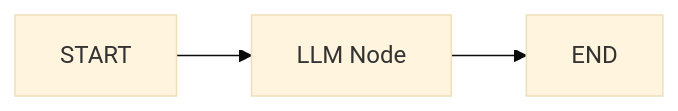
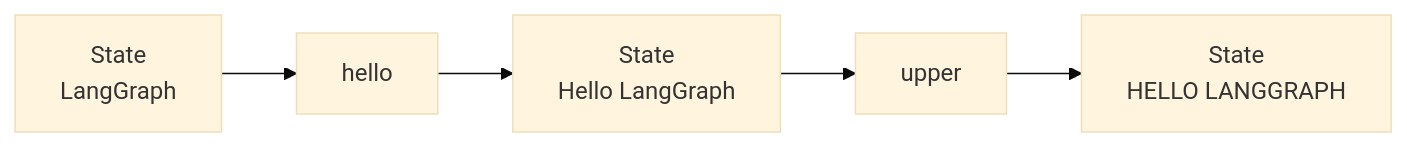
One commit to ykubota-dev/ai-agent-tutorial changed the third of 14 diagrams in docs/07_langgraph.md. Above: the diagram before and after it, drawn with Mermaid (base theme). The commit also changed other lines of this file and 1 other file, not shown here.

````diff
--- a/docs/07_langgraph.md
+++ b/docs/07_langgraph.md
@@ -141,5 +203,17 @@
 ```mermaid
 flowchart LR
-    A["START"] --> B["LLM Node"]
-    B --> C["END"]
+    S1["State<br>LangGraph"]
+
+    HELLO["hello"]
+
+    S2["State<br>Hello LangGraph"]
+
+    UPPER["upper"]
+
+    S3["State<br>HELLO LANGGRAPH"]
+
+    S1 --> HELLO
+    HELLO --> S2
+    S2 --> UPPER
+    UPPER --> S3
 ```
````
